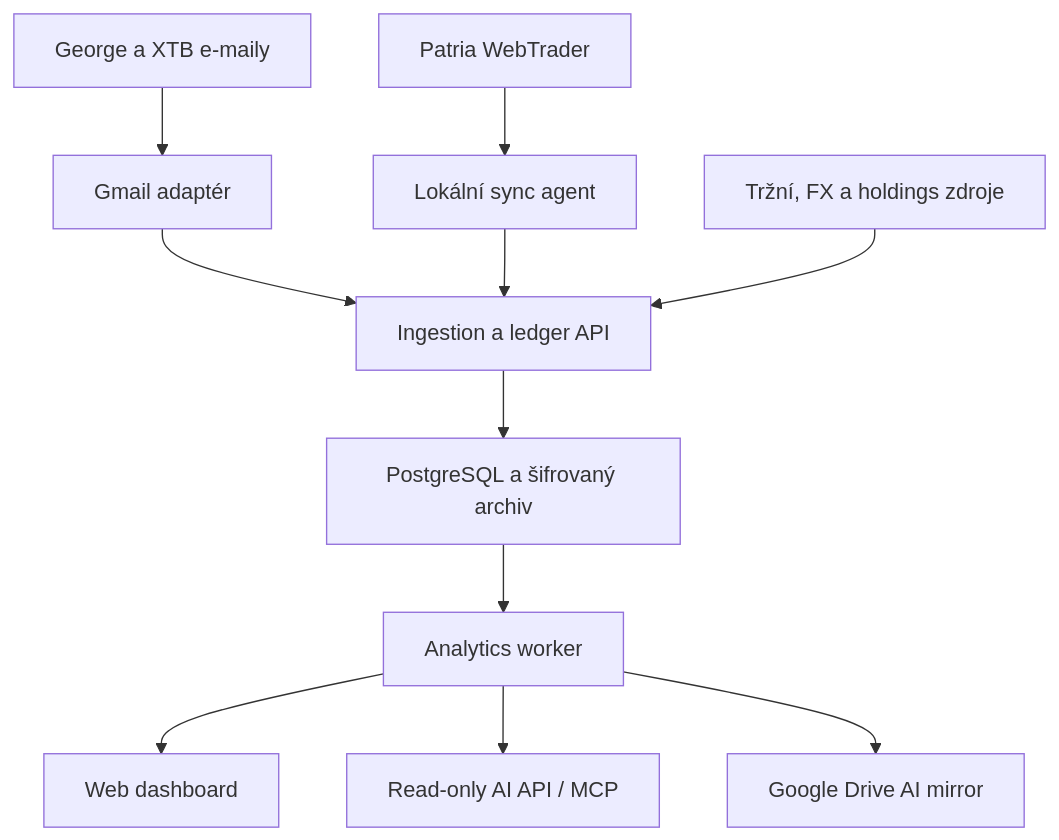
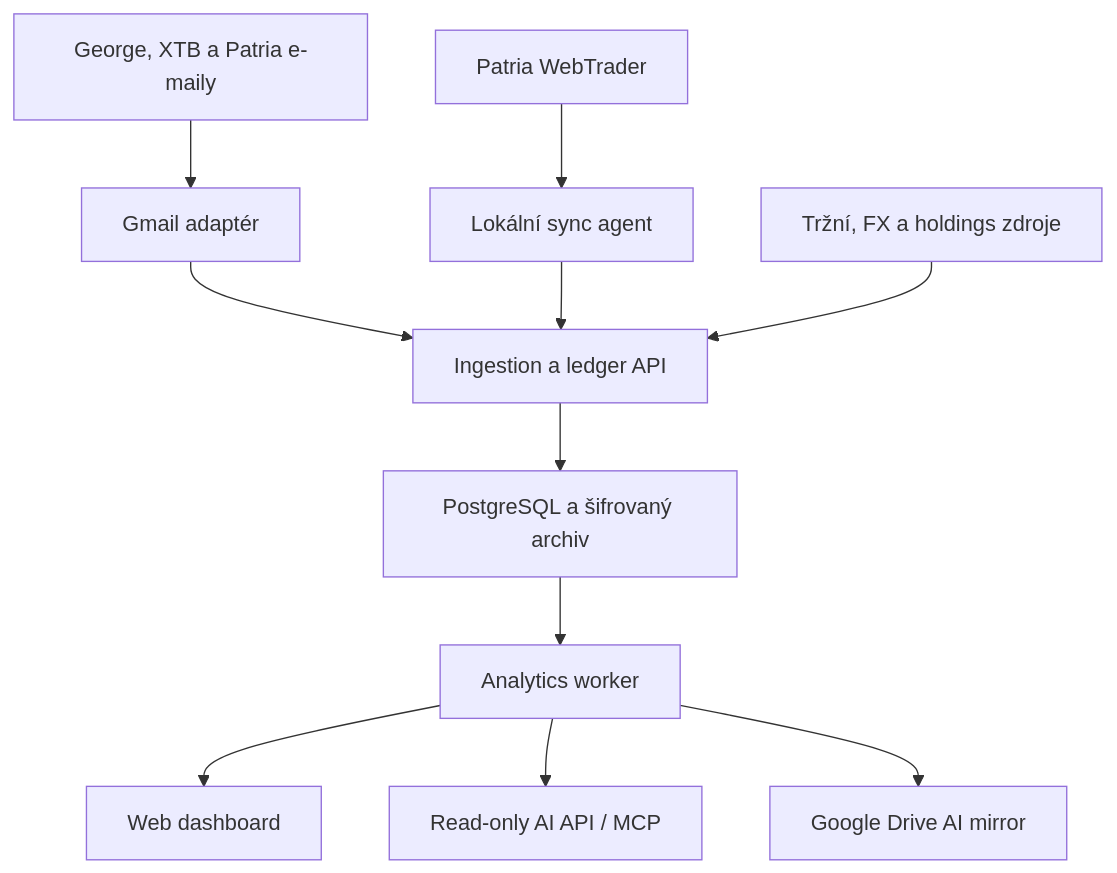
One commit to jgillern/portfolio changed the second of 2 diagrams in README.md. Above: the diagram before and after it, drawn with Mermaid. The commit also changed other lines of this file, not shown here.

Commit message:
docs: refine Patria and XTB email ingestion

````diff
--- a/README.md
+++ b/README.md
@@ -419,13 +449,13 @@
 ```mermaid
 flowchart TD
-    A["George a XTB e-maily"] --> B["Gmail adaptér"]
+    A["George, XTB a Patria e-maily"] --> B["Gmail adaptér"]
     C["Patria WebTrader"] --> D["Lokální sync agent"]
     B --> E["Ingestion a ledger API"]
     D --> E
     F["Tržní, FX a holdings zdroje"] --> E
     E --> G["PostgreSQL a šifrovaný archiv"]
     G --> H["Analytics worker"]
     H --> I["Web dashboard"]
     H --> J["Read-only AI API / MCP"]
     H --> K["Google Drive AI mirror"]
 ```
````
